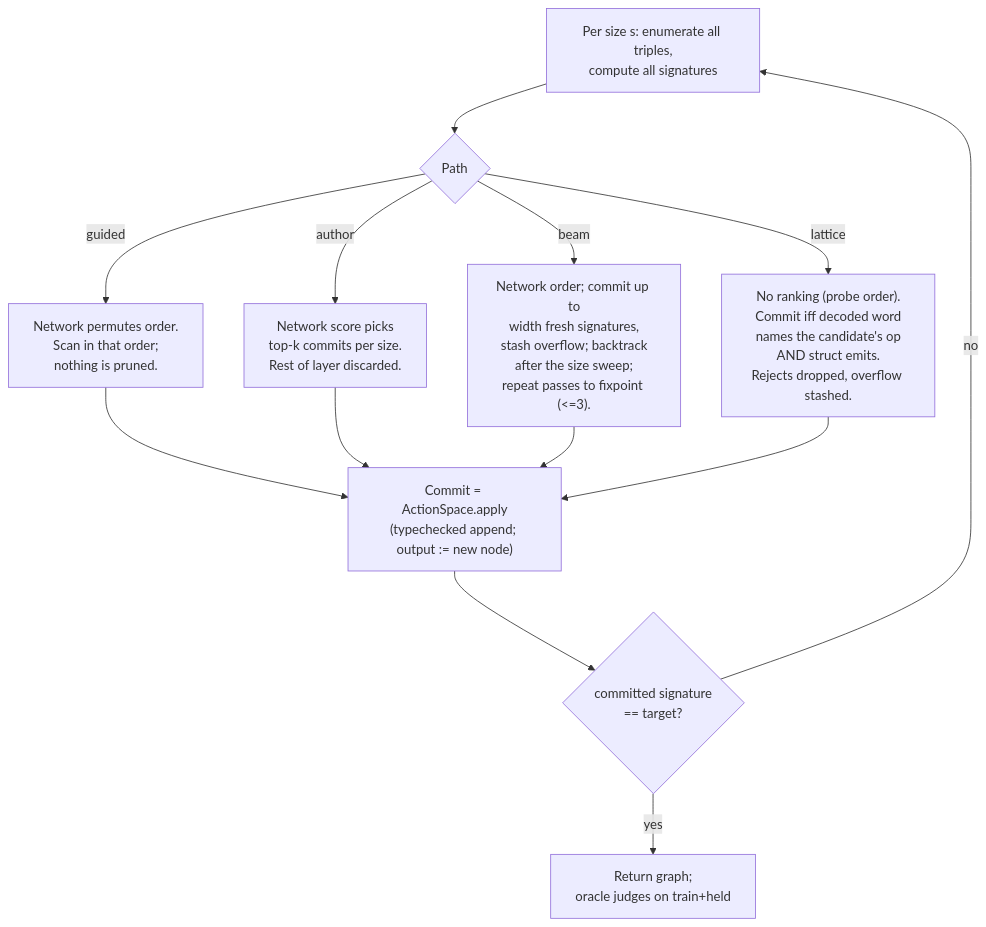
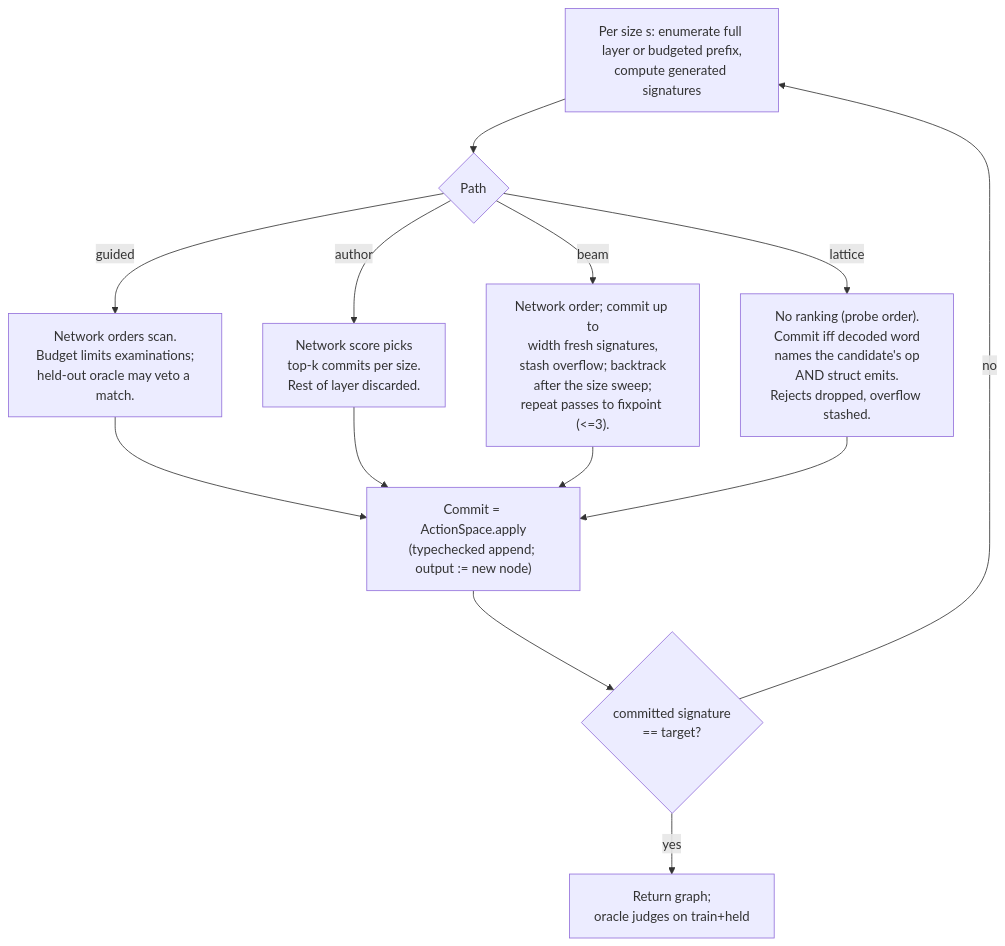
One commit to Capsize-Games/rsi-programmer changed the fourth of 5 diagrams in architecture.md. Above: the diagram before and after it, drawn with Mermaid. The commit also changed other lines of this file and 55 other files, not shown here.

````diff
--- a/architecture.md
+++ b/architecture.md
@@ -652,12 +664,12 @@
 ```mermaid
 flowchart TD
-    S["Per size s: enumerate all triples,<br/>compute all signatures"] --> Q{"Path"}
-    Q -->|guided| G["Network permutes order.<br/>Scan in that order;<br/>nothing is pruned."]
+    S["Per size s: enumerate full layer or budgeted prefix,<br/>compute generated signatures"] --> Q{"Path"}
+    Q -->|guided| G["Network orders scan.<br/>Budget limits examinations;<br/>held-out oracle may veto a match."]
     Q -->|author| A["Network score picks<br/>top-k commits per size.<br/>Rest of layer discarded."]
     Q -->|beam| B["Network order; commit up to<br/>width fresh signatures,<br/>stash overflow; backtrack<br/>after the size sweep;<br/>repeat passes to fixpoint (<=3)."]
     Q -->|lattice| L["No ranking (probe order).<br/>Commit iff decoded word<br/>names the candidate's op<br/>AND struct emits.<br/>Rejects dropped, overflow stashed."]
     G & A & B & L --> C["Commit = ActionSpace.apply<br/>(typechecked append; output := new node)"]
     C --> D{"committed signature<br/>== target?"}
     D -->|yes| J["Return graph;<br/>oracle judges on train+held"]
     D -->|no| S
 ```
````
